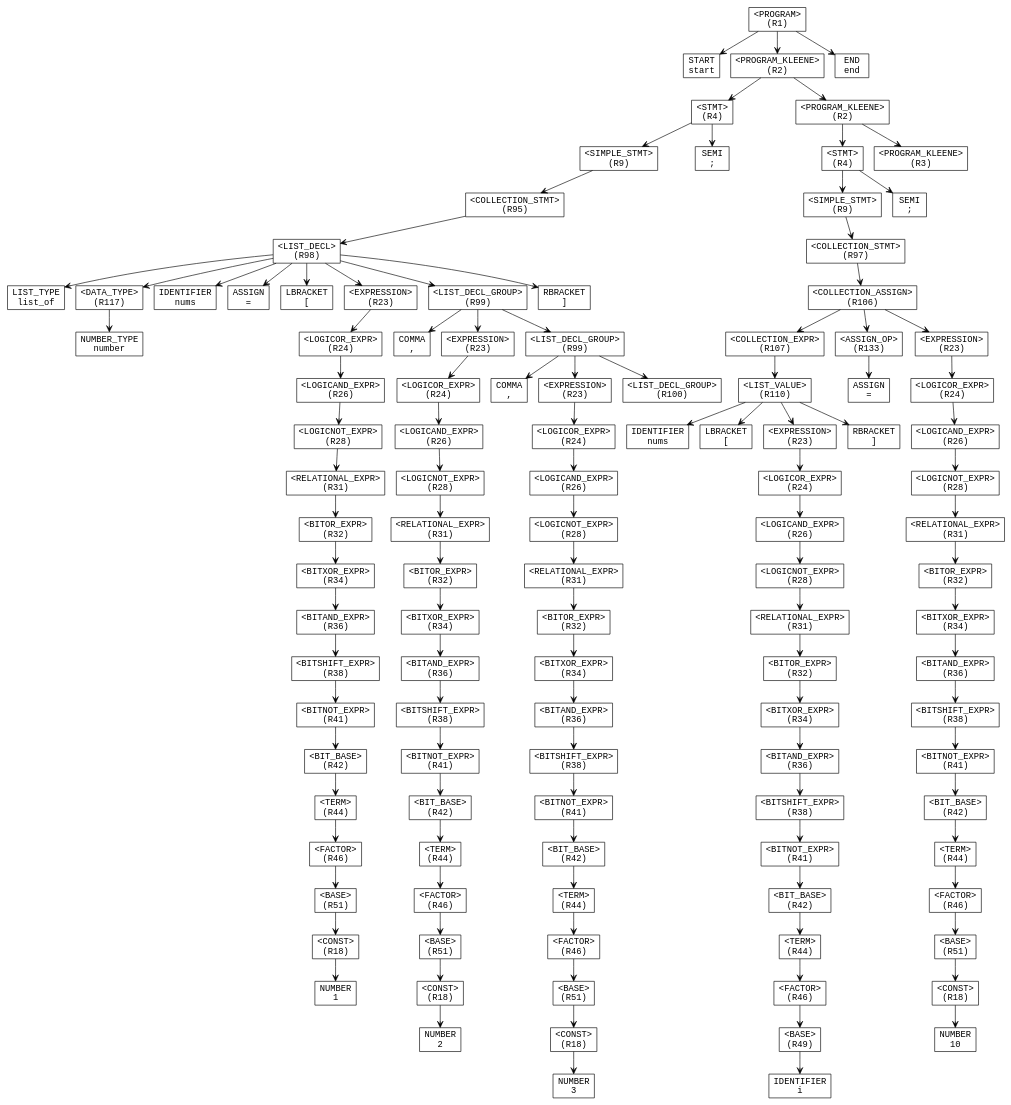
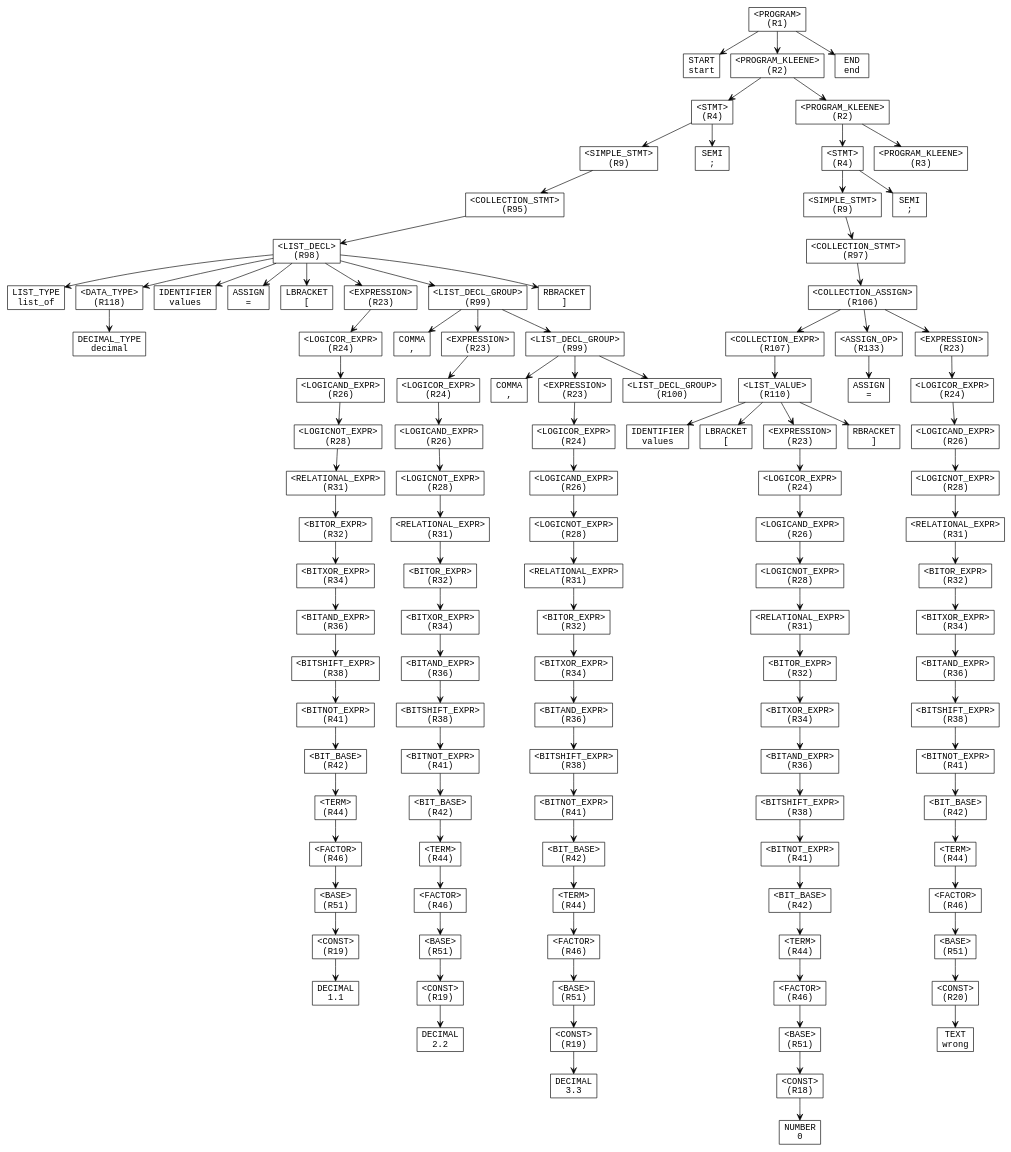
One commit to AjDesuuu/Upspyre-Programming-Language changed the diagram in parse_tree.dot. Above: the diagram before and after it, drawn with Graphviz. The commit also changed 3 other files, not shown here.

Commit message:
list_of assignment has been updated to handle decimal as well

```diff
--- a/parse_tree.dot
+++ b/parse_tree.dot
@@ -1,42 +1,43 @@
 digraph ParseTree {
   node [shape=box, fontname="Courier"];
   edge [arrowhead=vee];
-  n4275866 [label="<PROGRAM>\n(R1)"];
-  n1099975486 [label="START\nstart"];
-  n4275866 -> n1099975486;
-  n26476492 [label="<PROGRAM_KLEENE>\n(R2)"];
-  n485081469 [label="<STMT>\n(R4)"];
-  n1356608316 [label="<SIMPLE_STMT>\n(R9)"];
-  n1485080858 [label="<COLLECTION_STMT>\n(R95)"];
-  n1182232665 [label="<LIST_DECL>\n(R98)"];
-  n340239299 [label="LIST_TYPE\nlist_of"];
-  n1182232665 -> n340239299;
-  n624113572 [label="<DATA_TYPE>\n(R117)"];
-  n1501800001 [label="NUMBER_TYPE\nnumber"];
-  n624113572 -> n1501800001;
-  n1182232665 -> n624113572;
-  n604758160 [label="IDENTIFIER\nnums"];
-  n1182232665 -> n604758160;
-  n226166377 [label="ASSIGN\n="];
-  n1182232665 -> n226166377;
-  n826908277 [label="LBRACKET\n["];
-  n1182232665 -> n826908277;
-  n1975293875 [label="<EXPRESSION>\n(R23)"];
-  n248047348 [label="<LOGICOR_EXPR>\n(R24)"];
-  n1532358922 [label="<LOGICAND_EXPR>\n(R26)"];
-  n638744099 [label="<LOGICNOT_EXPR>\n(R28)"];
-  n922905693 [label="<RELATIONAL_EXPR>\n(R31)"];
-  n2117387023 [label="<BITOR_EXPR>\n(R32)"];
-  n169717858 [label="<BITXOR_EXPR>\n(R34)"];
-  n1066101868 [label="<BITAND_EXPR>\n(R36)"];
-  n458202948 [label="<BITSHIFT_EXPR>\n(R38)"];
-  n1136331673 [label="<BITNOT_EXPR>\n(R41)"];
-  n608316716 [label="<BIT_BASE>\n(R42)"];
-  n1078910404 [label="<TERM>\n(R44)"];
-  n664592182 [label="<FACTOR>\n(R46)"];
-  n1012989855 [label="<BASE>\n(R51)"];
-  n167681650 [label="<CONST>\n(R18)"];
-  n1063834228 [label="NUMBER\n1"];
+  n1099975486 [label="<PROGRAM>\n(R1)"];
+  n1692310401 [label="START\nstart"];
+  n1099975486 -> n1692310401;
+  n485081469 [label="<PROGRAM_KLEENE>\n(R2)"];
+  n1356608316 [label="<STMT>\n(R4)"];
+  n1485080858 [label="<SIMPLE_STMT>\n(R9)"];
+  n1182232665 [label="<COLLECTION_STMT>\n(R95)"];
+  n340239299 [label="<LIST_DECL>\n(R98)"];
+  n624113572 [label="LIST_TYPE\nlist_of"];
+  n340239299 -> n624113572;
+  n1501800001 [label="<DATA_TYPE>\n(R118)"];
+  n604758160 [label="DECIMAL_TYPE\ndecimal"];
+  n1501800001 -> n604758160;
+  n340239299 -> n1501800001;
+  n226166377 [label="IDENTIFIER\nvalues"];
+  n340239299 -> n226166377;
+  n826908277 [label="ASSIGN\n="];
+  n340239299 -> n826908277;
+  n1975293875 [label="LBRACKET\n["];
+  n340239299 -> n1975293875;
+  n248047348 [label="<EXPRESSION>\n(R23)"];
+  n1532358922 [label="<LOGICOR_EXPR>\n(R24)"];
+  n638744099 [label="<LOGICAND_EXPR>\n(R26)"];
+  n922905693 [label="<LOGICNOT_EXPR>\n(R28)"];
+  n2117387023 [label="<RELATIONAL_EXPR>\n(R31)"];
+  n169717858 [label="<BITOR_EXPR>\n(R32)"];
+  n1066101868 [label="<BITXOR_EXPR>\n(R34)"];
+  n458202948 [label="<BITAND_EXPR>\n(R36)"];
+  n1136331673 [label="<BITSHIFT_EXPR>\n(R38)"];
+  n608316716 [label="<BITNOT_EXPR>\n(R41)"];
+  n1078910404 [label="<BIT_BASE>\n(R42)"];
+  n664592182 [label="<TERM>\n(R44)"];
+  n1012989855 [label="<FACTOR>\n(R46)"];
+  n167681650 [label="<BASE>\n(R51)"];
+  n1063834228 [label="<CONST>\n(R19)"];
+  n2127351744 [label="DECIMAL\n1.1"];
+  n1063834228 -> n2127351744;
   n167681650 -> n1063834228;
   n1012989855 -> n167681650;
   n664592182 -> n1012989855;
@@ -51,27 +52,27 @@
   n638744099 -> n922905693;
   n1532358922 -> n638744099;
   n248047348 -> n1532358922;
-  n1975293875 -> n248047348;
-  n1182232665 -> n1975293875;
-  n2127351744 [label="<LIST_DECL_GROUP>\n(R99)"];
-  n1164663681 [label="COMMA\n,"];
-  n2127351744 -> n1164663681;
-  n941314128 [label="<EXPRESSION>\n(R23)"];
-  n1092214357 [label="<LOGICOR_EXPR>\n(R24)"];
-  n1504951161 [label="<LOGICAND_EXPR>\n(R26)"];
-  n1176192157 [label="<LOGICNOT_EXPR>\n(R28)"];
-  n610276830 [label="<RELATIONAL_EXPR>\n(R31)"];
-  n730106993 [label="<BITOR_EXPR>\n(R32)"];
-  n1873318411 [label="<BITXOR_EXPR>\n(R34)"];
-  n1938492623 [label="<BITAND_EXPR>\n(R36)"];
-  n1465985413 [label="<BITSHIFT_EXPR>\n(R38)"];
-  n1485422620 [label="<BITNOT_EXPR>\n(R41)"];
-  n1939487180 [label="<BIT_BASE>\n(R42)"];
-  n1482468868 [label="<TERM>\n(R44)"];
-  n103778699 [label="<FACTOR>\n(R46)"];
-  n279978098 [label="<BASE>\n(R51)"];
-  n843460593 [label="<CONST>\n(R18)"];
-  n265788211 [label="NUMBER\n2"];
+  n340239299 -> n248047348;
+  n1164663681 [label="<LIST_DECL_GROUP>\n(R99)"];
+  n941314128 [label="COMMA\n,"];
+  n1164663681 -> n941314128;
+  n1092214357 [label="<EXPRESSION>\n(R23)"];
+  n1504951161 [label="<LOGICOR_EXPR>\n(R24)"];
+  n1176192157 [label="<LOGICAND_EXPR>\n(R26)"];
+  n610276830 [label="<LOGICNOT_EXPR>\n(R28)"];
+  n730106993 [label="<RELATIONAL_EXPR>\n(R31)"];
+  n1873318411 [label="<BITOR_EXPR>\n(R32)"];
+  n1938492623 [label="<BITXOR_EXPR>\n(R34)"];
+  n1465985413 [label="<BITAND_EXPR>\n(R36)"];
+  n1485422620 [label="<BITSHIFT_EXPR>\n(R38)"];
+  n1939487180 [label="<BITNOT_EXPR>\n(R41)"];
+  n1482468868 [label="<BIT_BASE>\n(R42)"];
+  n103778699 [label="<TERM>\n(R44)"];
+  n279978098 [label="<FACTOR>\n(R46)"];
+  n843460593 [label="<BASE>\n(R51)"];
+  n265788211 [label="<CONST>\n(R19)"];
+  n1976445075 [label="DECIMAL\n2.2"];
+  n265788211 -> n1976445075;
   n843460593 -> n265788211;
   n279978098 -> n843460593;
   n103778699 -> n279978098;
@@ -86,27 +87,27 @@
   n1176192157 -> n610276830;
   n1504951161 -> n1176192157;
   n1092214357 -> n1504951161;
-  n941314128 -> n1092214357;
-  n2127351744 -> n941314128;
-  n1976445075 [label="<LIST_DECL_GROUP>\n(R99)"];
-  n1693197800 [label="COMMA\n,"];
-  n1976445075 -> n1693197800;
-  n1733732131 [label="<EXPRESSION>\n(R23)"];
-  n1424729849 [label="<LOGICOR_EXPR>\n(R24)"];
-  n1348830791 [label="<LOGICAND_EXPR>\n(R26)"];
-  n1428372166 [label="<LOGICNOT_EXPR>\n(R28)"];
-  n127852798 [label="<RELATIONAL_EXPR>\n(R31)"];
-  n248201882 [label="<BITOR_EXPR>\n(R32)"];
-  n1918937786 [label="<BITXOR_EXPR>\n(R34)"];
-  n1054427962 [label="<BITAND_EXPR>\n(R36)"];
-  n1311823119 [label="<BITSHIFT_EXPR>\n(R38)"];
-  n448496065 [label="<BITNOT_EXPR>\n(R41)"];
-  n1836703062 [label="<BIT_BASE>\n(R42)"];
-  n428723032 [label="<TERM>\n(R44)"];
-  n1365114315 [label="<FACTOR>\n(R46)"];
-  n397331368 [label="<BASE>\n(R51)"];
-  n882784102 [label="<CONST>\n(R18)"];
-  n1128201638 [label="NUMBER\n3"];
+  n1164663681 -> n1092214357;
+  n1693197800 [label="<LIST_DECL_GROUP>\n(R99)"];
+  n1733732131 [label="COMMA\n,"];
+  n1693197800 -> n1733732131;
+  n1424729849 [label="<EXPRESSION>\n(R23)"];
+  n1348830791 [label="<LOGICOR_EXPR>\n(R24)"];
+  n1428372166 [label="<LOGICAND_EXPR>\n(R26)"];
+  n127852798 [label="<LOGICNOT_EXPR>\n(R28)"];
+  n248201882 [label="<RELATIONAL_EXPR>\n(R31)"];
+  n1918937786 [label="<BITOR_EXPR>\n(R32)"];
+  n1054427962 [label="<BITXOR_EXPR>\n(R34)"];
+  n1311823119 [label="<BITAND_EXPR>\n(R36)"];
+  n448496065 [label="<BITSHIFT_EXPR>\n(R38)"];
+  n1836703062 [label="<BITNOT_EXPR>\n(R41)"];
+  n428723032 [label="<BIT_BASE>\n(R42)"];
+  n1365114315 [label="<TERM>\n(R44)"];
+  n397331368 [label="<FACTOR>\n(R46)"];
+  n882784102 [label="<BASE>\n(R51)"];
+  n1128201638 [label="<CONST>\n(R19)"];
+  n2100556719 [label="DECIMAL\n3.3"];
+  n1128201638 -> n2100556719;
   n882784102 -> n1128201638;
   n397331368 -> n882784102;
   n1365114315 -> n397331368;
@@ -121,46 +122,48 @@
   n1428372166 -> n127852798;
   n1348830791 -> n1428372166;
   n1424729849 -> n1348830791;
-  n1733732131 -> n1424729849;
-  n1976445075 -> n1733732131;
-  n2100556719 [label="<LIST_DECL_GROUP>\n(R100)"];
-  n1976445075 -> n2100556719;
-  n2127351744 -> n1976445075;
-  n1182232665 -> n2127351744;
-  n480347178 [label="RBRACKET\n]"];
-  n1182232665 -> n480347178;
+  n1693197800 -> n1424729849;
+  n480347178 [label="<LIST_DECL_GROUP>\n(R100)"];
+  n1693197800 -> n480347178;
+  n1164663681 -> n1693197800;
+  n340239299 -> n1164663681;
+  n1505863135 [label="RBRACKET\n]"];
+  n340239299 -> n1505863135;
+  n1182232665 -> n340239299;
   n1485080858 -> n1182232665;
   n1356608316 -> n1485080858;
+  n1831252108 [label="SEMI\n;"];
+  n1356608316 -> n1831252108;
   n485081469 -> n1356608316;
-  n1505863135 [label="SEMI\n;"];
-  n485081469 -> n1505863135;
-  n26476492 -> n485081469;
-  n1831252108 [label="<PROGRAM_KLEENE>\n(R2)"];
-  n258643980 [label="<STMT>\n(R4)"];
-  n536534303 [label="<SIMPLE_STMT>\n(R9)"];
-  n1262582882 [label="<COLLECTION_STMT>\n(R97)"];
-  n331028310 [label="<COLLECTION_ASSIGN>\n(R106)"];
-  n1221220309 [label="<COLLECTION_EXPR>\n(R107)"];
-  n26307062 [label="<LIST_VALUE>\n(R110)"];
-  n1106487242 [label="IDENTIFIER\nnums"];
-  n26307062 -> n1106487242;
-  n179902725 [label="LBRACKET\n["];
-  n26307062 -> n179902725;
-  n282559352 [label="<EXPRESSION>\n(R23)"];
-  n444831309 [label="<LOGICOR_EXPR>\n(R24)"];
-  n1175629600 [label="<LOGICAND_EXPR>\n(R26)"];
-  n69330902 [label="<LOGICNOT_EXPR>\n(R28)"];
-  n683763817 [label="<RELATIONAL_EXPR>\n(R31)"];
-  n787915458 [label="<BITOR_EXPR>\n(R32)"];
-  n2102289299 [label="<BITXOR_EXPR>\n(R34)"];
-  n1985623227 [label="<BITAND_EXPR>\n(R36)"];
-  n1442547769 [label="<BITSHIFT_EXPR>\n(R38)"];
-  n1317060854 [label="<BITNOT_EXPR>\n(R41)"];
-  n1079795790 [label="<BIT_BASE>\n(R42)"];
-  n1736731410 [label="<TERM>\n(R44)"];
-  n1849134491 [label="<FACTOR>\n(R46)"];
-  n653813723 [label="<BASE>\n(R49)"];
-  n92618074 [label="IDENTIFIER\ni"];
+  n258643980 [label="<PROGRAM_KLEENE>\n(R2)"];
+  n536534303 [label="<STMT>\n(R4)"];
+  n1262582882 [label="<SIMPLE_STMT>\n(R9)"];
+  n331028310 [label="<COLLECTION_STMT>\n(R97)"];
+  n1221220309 [label="<COLLECTION_ASSIGN>\n(R106)"];
+  n26307062 [label="<COLLECTION_EXPR>\n(R107)"];
+  n1106487242 [label="<LIST_VALUE>\n(R110)"];
+  n179902725 [label="IDENTIFIER\nvalues"];
+  n1106487242 -> n179902725;
+  n282559352 [label="LBRACKET\n["];
+  n1106487242 -> n282559352;
+  n444831309 [label="<EXPRESSION>\n(R23)"];
+  n1175629600 [label="<LOGICOR_EXPR>\n(R24)"];
+  n69330902 [label="<LOGICAND_EXPR>\n(R26)"];
+  n683763817 [label="<LOGICNOT_EXPR>\n(R28)"];
+  n787915458 [label="<RELATIONAL_EXPR>\n(R31)"];
+  n2102289299 [label="<BITOR_EXPR>\n(R32)"];
+  n1985623227 [label="<BITXOR_EXPR>\n(R34)"];
+  n1442547769 [label="<BITAND_EXPR>\n(R36)"];
+  n1317060854 [label="<BITSHIFT_EXPR>\n(R38)"];
+  n1079795790 [label="<BITNOT_EXPR>\n(R41)"];
+  n1736731410 [label="<BIT_BASE>\n(R42)"];
+  n1849134491 [label="<TERM>\n(R44)"];
+  n653813723 [label="<FACTOR>\n(R46)"];
+  n92618074 [label="<BASE>\n(R51)"];
+  n1100810755 [label="<CONST>\n(R18)"];
+  n328469758 [label="NUMBER\n0"];
+  n1100810755 -> n328469758;
+  n92618074 -> n1100810755;
   n653813723 -> n92618074;
   n1849134491 -> n653813723;
   n1736731410 -> n1849134491;
@@ -174,32 +177,33 @@
   n69330902 -> n683763817;
   n1175629600 -> n69330902;
   n444831309 -> n1175629600;
-  n282559352 -> n444831309;
-  n26307062 -> n282559352;
-  n1100810755 [label="RBRACKET\n]"];
-  n26307062 -> n1100810755;
+  n1106487242 -> n444831309;
+  n1983346664 [label="RBRACKET\n]"];
+  n1106487242 -> n1983346664;
+  n26307062 -> n1106487242;
   n1221220309 -> n26307062;
-  n331028310 -> n1221220309;
-  n328469758 [label="<ASSIGN_OP>\n(R133)"];
-  n1983346664 [label="ASSIGN\n="];
-  n328469758 -> n1983346664;
-  n331028310 -> n328469758;
-  n1526004633 [label="<EXPRESSION>\n(R23)"];
-  n1938833366 [label="<LOGICOR_EXPR>\n(R24)"];
-  n1087389350 [label="<LOGICAND_EXPR>\n(R26)"];
-  n227907939 [label="<LOGICNOT_EXPR>\n(R28)"];
-  n1891664763 [label="<RELATIONAL_EXPR>\n(R31)"];
-  n39611450 [label="<BITOR_EXPR>\n(R32)"];
-  n1127765977 [label="<BITXOR_EXPR>\n(R34)"];
-  n1657245788 [label="<BITAND_EXPR>\n(R36)"];
-  n375921700 [label="<BITSHIFT_EXPR>\n(R38)"];
-  n1999937391 [label="<BITNOT_EXPR>\n(R41)"];
-  n1991477455 [label="<BIT_BASE>\n(R42)"];
-  n682144565 [label="<TERM>\n(R44)"];
-  n2121728824 [label="<FACTOR>\n(R46)"];
-  n761996414 [label="<BASE>\n(R51)"];
-  n1198798060 [label="<CONST>\n(R18)"];
-  n707270188 [label="NUMBER\n10"];
+  n1526004633 [label="<ASSIGN_OP>\n(R133)"];
+  n1938833366 [label="ASSIGN\n="];
+  n1526004633 -> n1938833366;
+  n1221220309 -> n1526004633;
+  n1087389350 [label="<EXPRESSION>\n(R23)"];
+  n227907939 [label="<LOGICOR_EXPR>\n(R24)"];
+  n1891664763 [label="<LOGICAND_EXPR>\n(R26)"];
+  n39611450 [label="<LOGICNOT_EXPR>\n(R28)"];
+  n1127765977 [label="<RELATIONAL_EXPR>\n(R31)"];
+  n1657245788 [label="<BITOR_EXPR>\n(R32)"];
+  n375921700 [label="<BITXOR_EXPR>\n(R34)"];
+  n1999937391 [label="<BITAND_EXPR>\n(R36)"];
+  n1991477455 [label="<BITSHIFT_EXPR>\n(R38)"];
+  n682144565 [label="<BITNOT_EXPR>\n(R41)"];
+  n2121728824 [label="<BIT_BASE>\n(R42)"];
+  n761996414 [label="<TERM>\n(R44)"];
+  n1198798060 [label="<FACTOR>\n(R46)"];
+  n707270188 [label="<BASE>\n(R51)"];
+  n1820376722 [label="<CONST>\n(R20)"];
+  n406601640 [label="TEXT\nwrong"];
+  n1820376722 -> n406601640;
+  n707270188 -> n1820376722;
   n1198798060 -> n707270188;
   n761996414 -> n1198798060;
   n2121728824 -> n761996414;
@@ -213,19 +217,17 @@
   n1891664763 -> n39611450;
   n227907939 -> n1891664763;
   n1087389350 -> n227907939;
-  n1938833366 -> n1087389350;
-  n1526004633 -> n1938833366;
-  n331028310 -> n1526004633;
+  n1221220309 -> n1087389350;
+  n331028310 -> n1221220309;
   n1262582882 -> n331028310;
   n536534303 -> n1262582882;
+  n2114566935 [label="SEMI\n;"];
+  n536534303 -> n2114566935;
   n258643980 -> n536534303;
-  n1820376722 [label="SEMI\n;"];
-  n258643980 -> n1820376722;
-  n1831252108 -> n258643980;
-  n406601640 [label="<PROGRAM_KLEENE>\n(R3)"];
-  n1831252108 -> n406601640;
-  n26476492 -> n1831252108;
-  n4275866 -> n26476492;
-  n2114566935 [label="END\nend"];
-  n4275866 -> n2114566935;
+  n351947660 [label="<PROGRAM_KLEENE>\n(R3)"];
+  n258643980 -> n351947660;
+  n485081469 -> n258643980;
+  n1099975486 -> n485081469;
+  n2103903151 [label="END\nend"];
+  n1099975486 -> n2103903151;
 }
```
